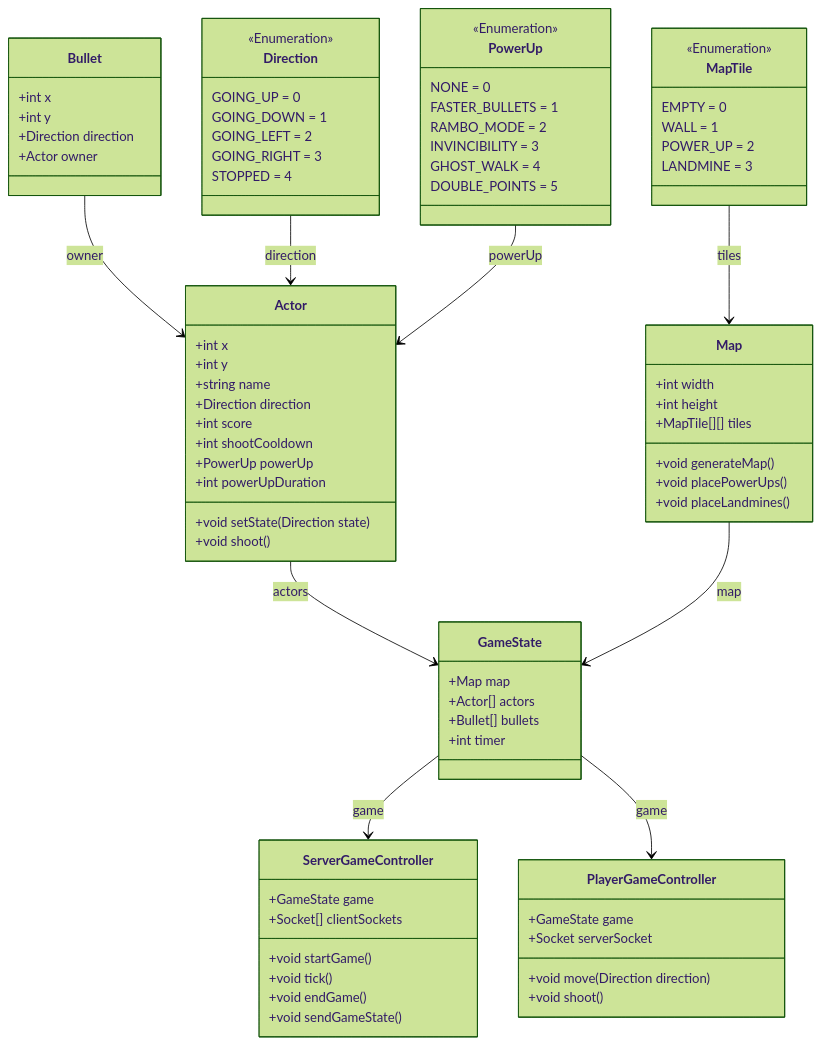
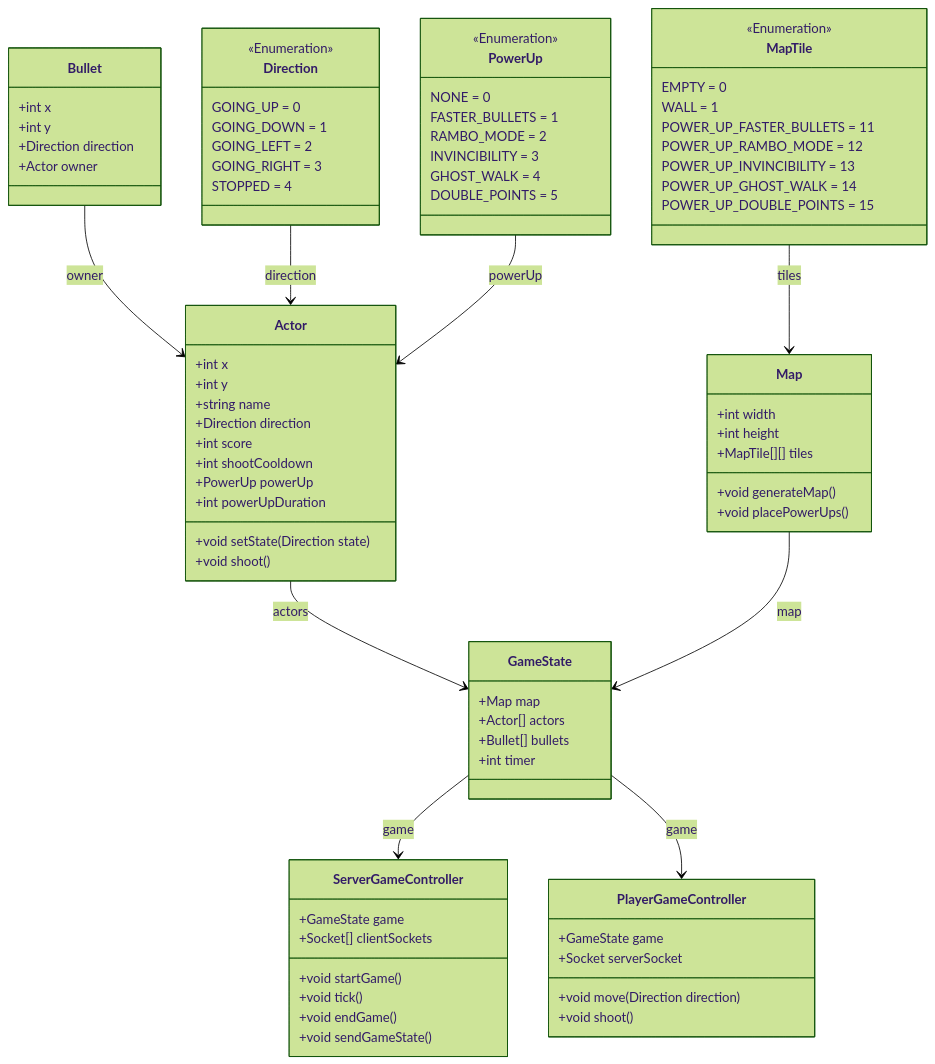
Before and after one commit to Nasus20202/przetwarzanie-rozproszone: the diagram in diagrams/class.mmd, drawn with Mermaid (forest theme). The commit also changed 3 other files, not shown here.

```diff
--- a/diagrams/class.mmd
+++ b/diagrams/class.mmd
@@ -1,91 +1,93 @@
 classDiagram
     Bullet --> Actor : owner
     Direction --> Actor : direction
     PowerUp --> Actor : powerUp
 
     MapTile --> Map : tiles
 
     Actor --> GameState : actors
     Map --> GameState : map
 
     GameState --> ServerGameController : game
     GameState --> PlayerGameController : game
 
     class ServerGameController {
         +GameState game
         +Socket[] clientSockets
         +void startGame()
         +void tick()
         +void endGame()
         +void sendGameState()
     }
 
     class PlayerGameController {
         +GameState game
         +Socket serverSocket
         +void move(Direction direction)
         +void shoot()
     }
 
     class GameState {
         +Map map
         +Actor[] actors
         +Bullet[] bullets
         +int timer
     }
 
     class Actor {
         +int x
         +int y
         +string name
         +Direction direction
         +int score
         +int shootCooldown
         +PowerUp powerUp
         +int powerUpDuration
         +void setState(Direction state)
         +void shoot()
     }
 
     class Bullet {
         +int x
         +int y
         +Direction direction
         +Actor owner    
     }
 
     class Map {
         +int width
         +int height
         +MapTile[][] tiles
         +void generateMap()
         +void placePowerUps()
-        +void placeLandmines()
     }
 
     class Direction {
         <<Enumeration>>
         GOING_UP = 0
         GOING_DOWN = 1
         GOING_LEFT = 2
         GOING_RIGHT = 3
         STOPPED = 4
     }
 
     class PowerUp {
         <<Enumeration>>
         NONE = 0
         FASTER_BULLETS = 1
         RAMBO_MODE = 2
         INVINCIBILITY = 3
         GHOST_WALK = 4
         DOUBLE_POINTS = 5
     }
 
     class MapTile {
         <<Enumeration>>
         EMPTY = 0
         WALL = 1
-        POWER_UP = 2
-        LANDMINE = 3
+        POWER_UP_FASTER_BULLETS = 11
+        POWER_UP_RAMBO_MODE = 12
+        POWER_UP_INVINCIBILITY = 13
+        POWER_UP_GHOST_WALK = 14
+        POWER_UP_DOUBLE_POINTS = 15
     }
```
